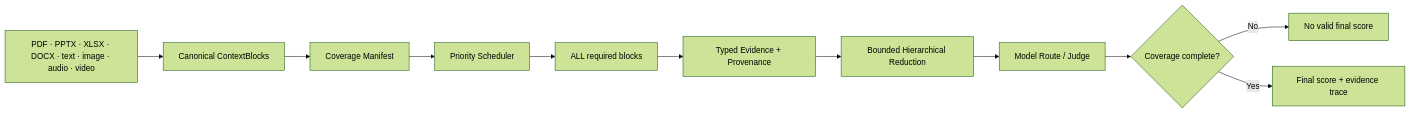
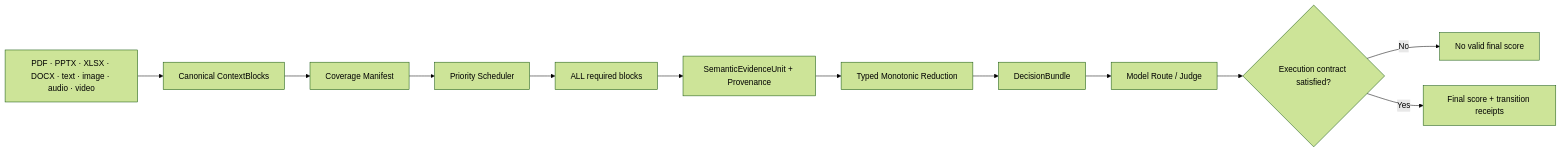
The diagram in README.md (hippoley/ContextMesh), drawn with Mermaid (forest theme) before and after one commit. The commit also changed other lines of this file, not shown here.

Commit message:
docs: reposition ContextMesh around semantic execution contracts

````diff
--- a/README.md
+++ b/README.md
@@ -156,13 +184,14 @@
 ```mermaid
 flowchart LR
     A["PDF · PPTX · XLSX · DOCX · text · image · audio · video"] --> B["Canonical ContextBlocks"]
     B --> C["Coverage Manifest"]
     C --> D["Priority Scheduler"]
     D --> E["ALL required blocks"]
-    E --> F["Typed Evidence + Provenance"]
-    F --> G["Bounded Hierarchical Reduction"]
-    G --> H["Model Route / Judge"]
-    H --> I{"Coverage complete?"}
-    I -- "No" --> J["No valid final score"]
-    I -- "Yes" --> K["Final score + evidence trace"]
+    E --> F["SemanticEvidenceUnit + Provenance"]
+    F --> G["Typed Monotonic Reduction"]
+    G --> H["DecisionBundle"]
+    H --> I["Model Route / Judge"]
+    I --> J{"Execution contract satisfied?"}
+    J -- "No" --> K["No valid final score"]
+    J -- "Yes" --> L["Final score + transition receipts"]
 ```
````
